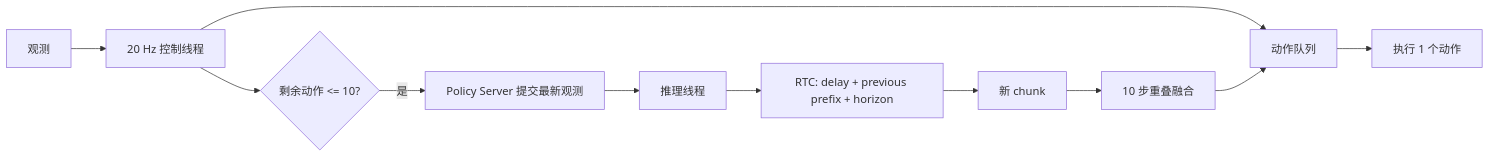
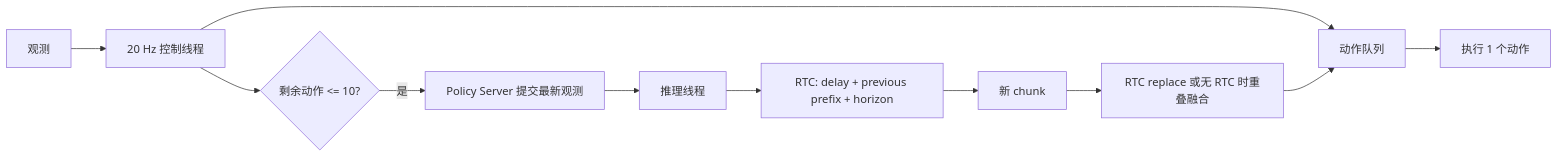
Before and after one commit to jojo052/smolvla-flow: the diagram in docs/async_runtime.md, drawn with Mermaid. The commit also changed other lines of this file and 16 other files, not shown here.

````diff
--- a/docs/async_runtime.md
+++ b/docs/async_runtime.md
@@ -9,13 +9,13 @@
 ```mermaid
 flowchart LR
     O[观测] --> C[20 Hz 控制线程]
     C --> Q[动作队列]
     C --> T{剩余动作 <= 10?}
     T -->|是| S[Policy Server 提交最新观测]
     S --> W[推理线程]
     W --> R[RTC: delay + previous prefix + horizon]
     R --> M[新 chunk]
-    M --> F[10 步重叠融合]
+    M --> F[RTC replace 或无 RTC 时重叠融合]
     F --> Q
     Q --> A[执行 1 个动作]
 ```
````
